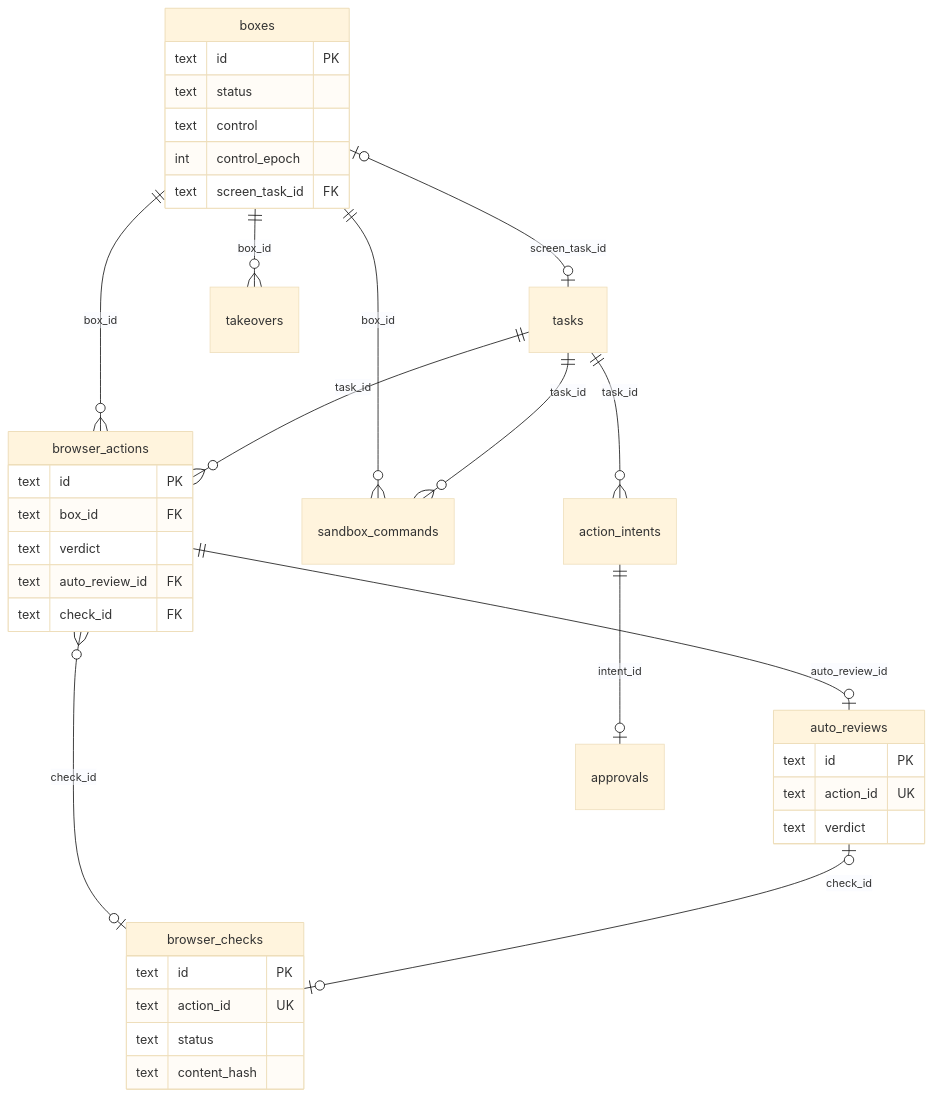
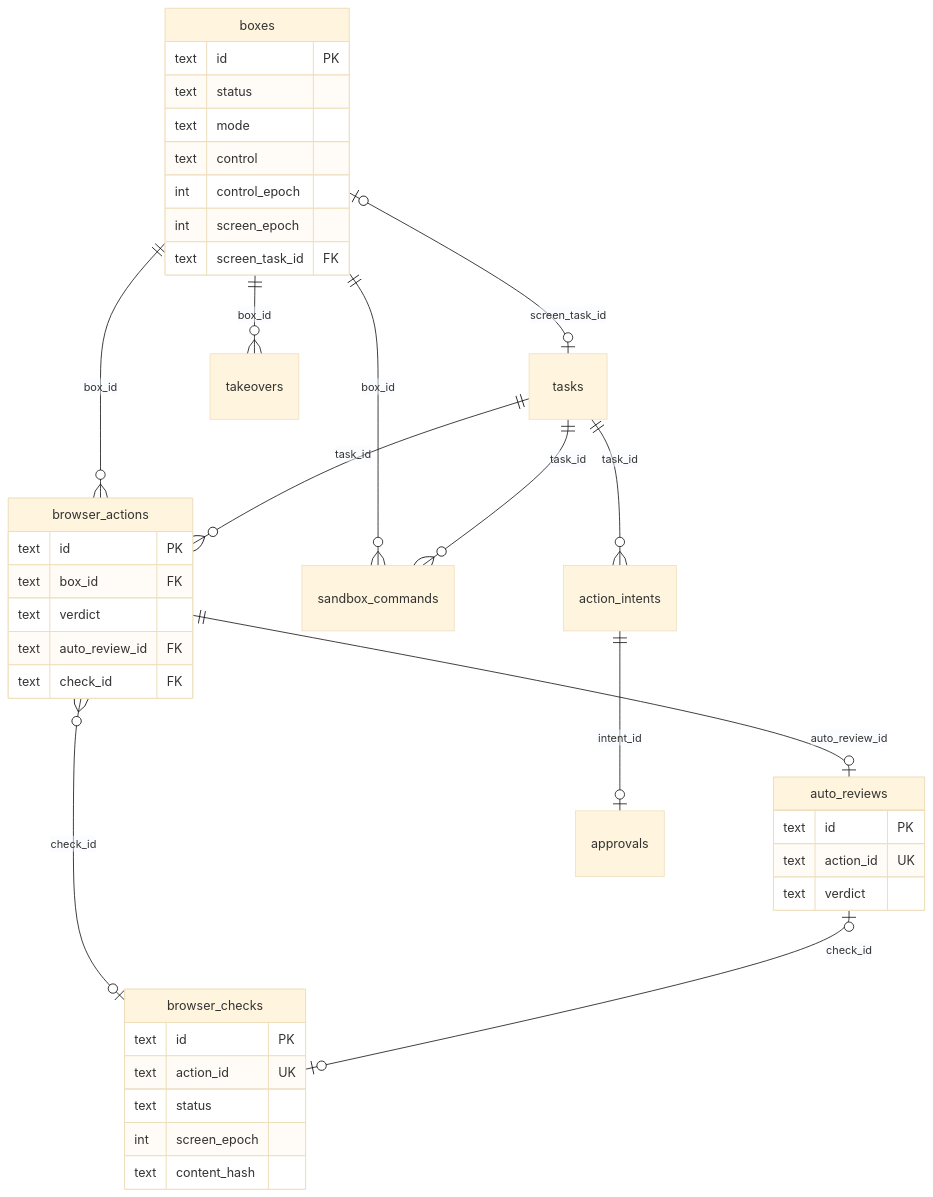
Before and after one commit to itiwoja/agent-team: the third of 3 diagrams in docs/design/10_diagrams/README.md, drawn with Mermaid (base theme). The commit also changed other lines of this file and 32 other files, not shown here.

````diff
--- a/docs/design/10_diagrams/README.md
+++ b/docs/design/10_diagrams/README.md
@@ -89,39 +109,42 @@
 ```mermaid
 erDiagram
  boxes |o--o| tasks : "screen_task_id"
  boxes ||--o{ browser_actions : "box_id"
  tasks ||--o{ browser_actions : "task_id"
  browser_actions ||--o| auto_reviews : "auto_review_id"
  browser_actions }o--o| browser_checks : "check_id"
  auto_reviews |o--o| browser_checks : "check_id"
  boxes ||--o{ takeovers : "box_id"
  boxes ||--o{ sandbox_commands : "box_id"
  tasks ||--o{ sandbox_commands : "task_id"
  tasks ||--o{ action_intents : "task_id"
  action_intents ||--o| approvals : "intent_id"
  boxes {
   text id PK
   text status
+  text mode
   text control
   int control_epoch
+  int screen_epoch
   text screen_task_id FK
  }
  browser_actions {
   text id PK
   text box_id FK
   text verdict
   text auto_review_id FK
   text check_id FK
  }
  auto_reviews {
   text id PK
   text action_id UK
   text verdict
  }
  browser_checks {
   text id PK
   text action_id UK
   text status
+  int screen_epoch
   text content_hash
  }
 ```
````
